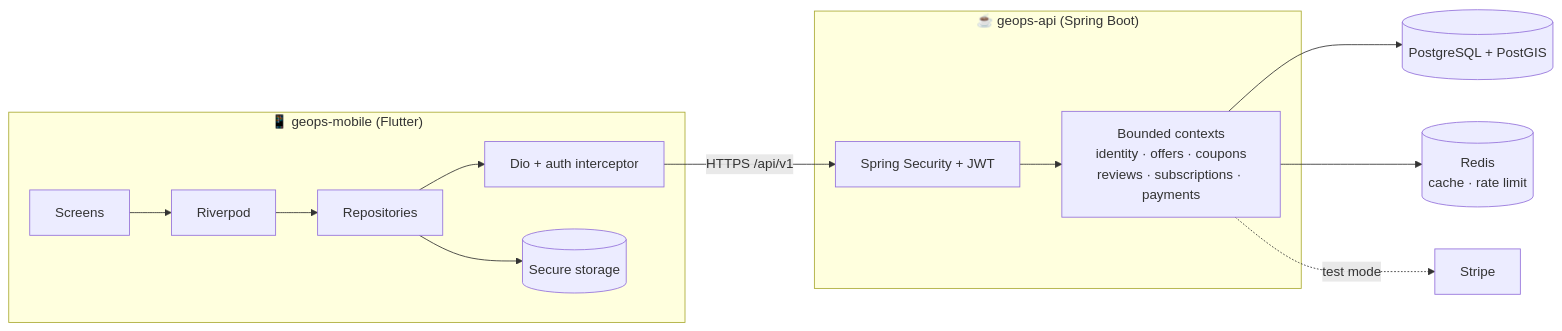
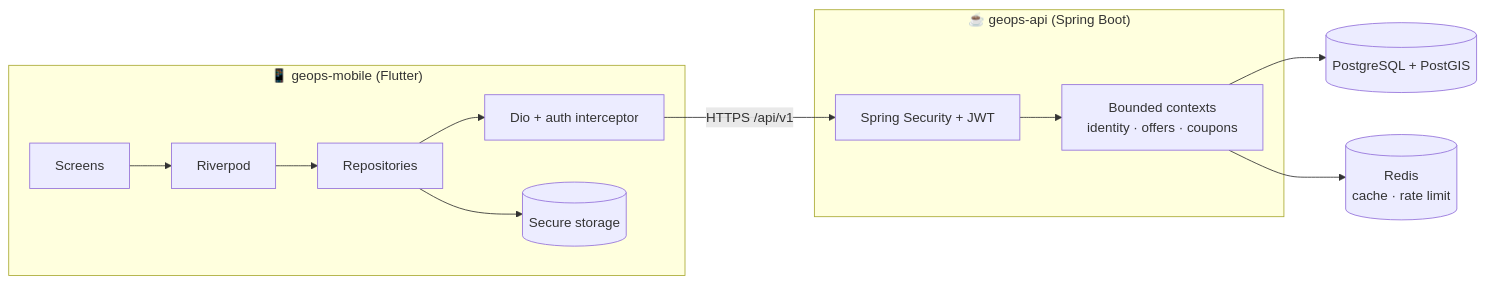
One commit to geops-app/.github changed the diagram in profile/README.md. Above: the diagram before and after it, drawn with Mermaid. The commit also changed other lines of this file, not shown here.

````diff
--- a/profile/README.md
+++ b/profile/README.md
@@ -39,18 +44,17 @@
 ```mermaid
 flowchart LR
     subgraph Mobile["📱 geops-mobile (Flutter)"]
         UI[Screens] --> State[Riverpod]
         State --> Repo[Repositories]
         Repo --> Http[Dio + auth interceptor]
         Repo --> Secure[(Secure storage)]
     end
 
     subgraph Api["☕ geops-api (Spring Boot)"]
-        Sec[Spring Security + JWT] --> Ctx[Bounded contexts<br/>identity · offers · coupons<br/>reviews · subscriptions · payments]
+        Sec[Spring Security + JWT] --> Ctx[Bounded contexts<br/>identity · offers · coupons]
     end
 
     Http -- "HTTPS /api/v1" --> Sec
     Ctx --> PG[(PostgreSQL + PostGIS)]
     Ctx --> RD[(Redis<br/>cache · rate limit)]
-    Ctx -. test mode .-> Stripe[Stripe]
 ```
````
